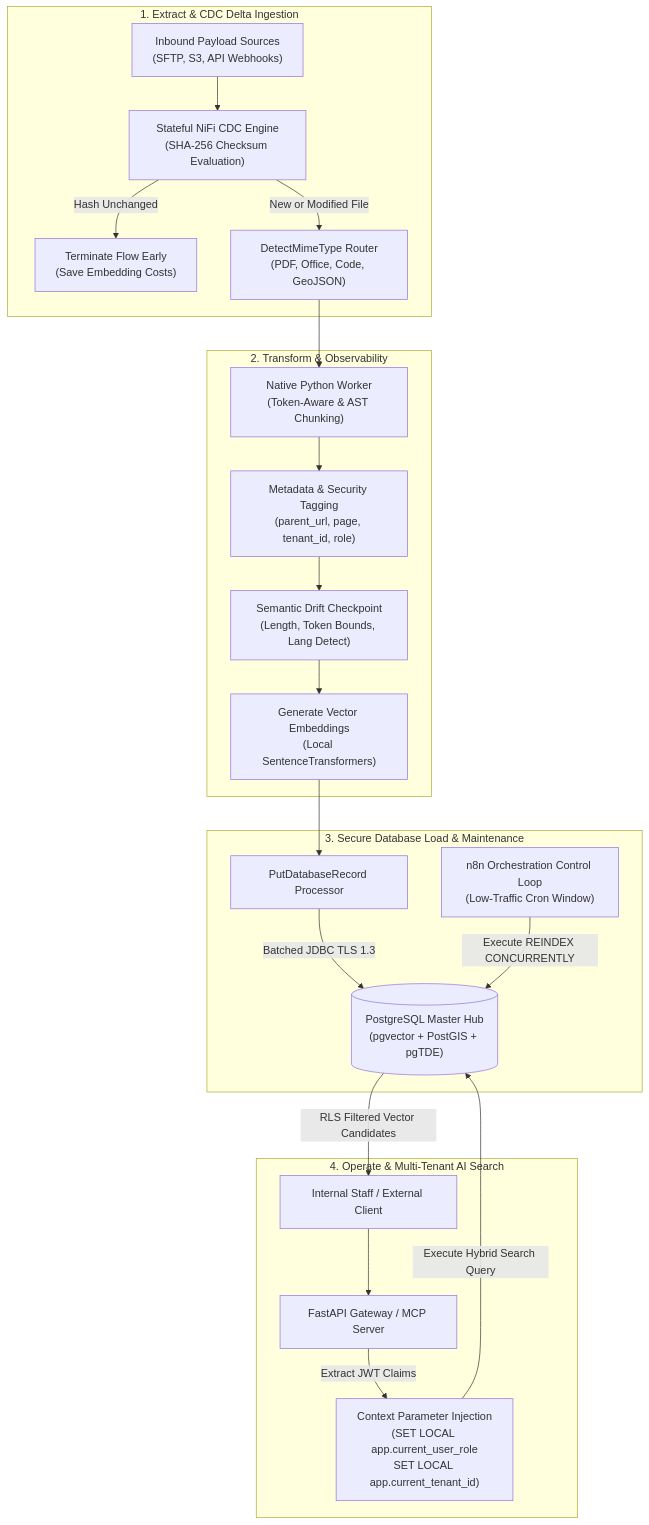
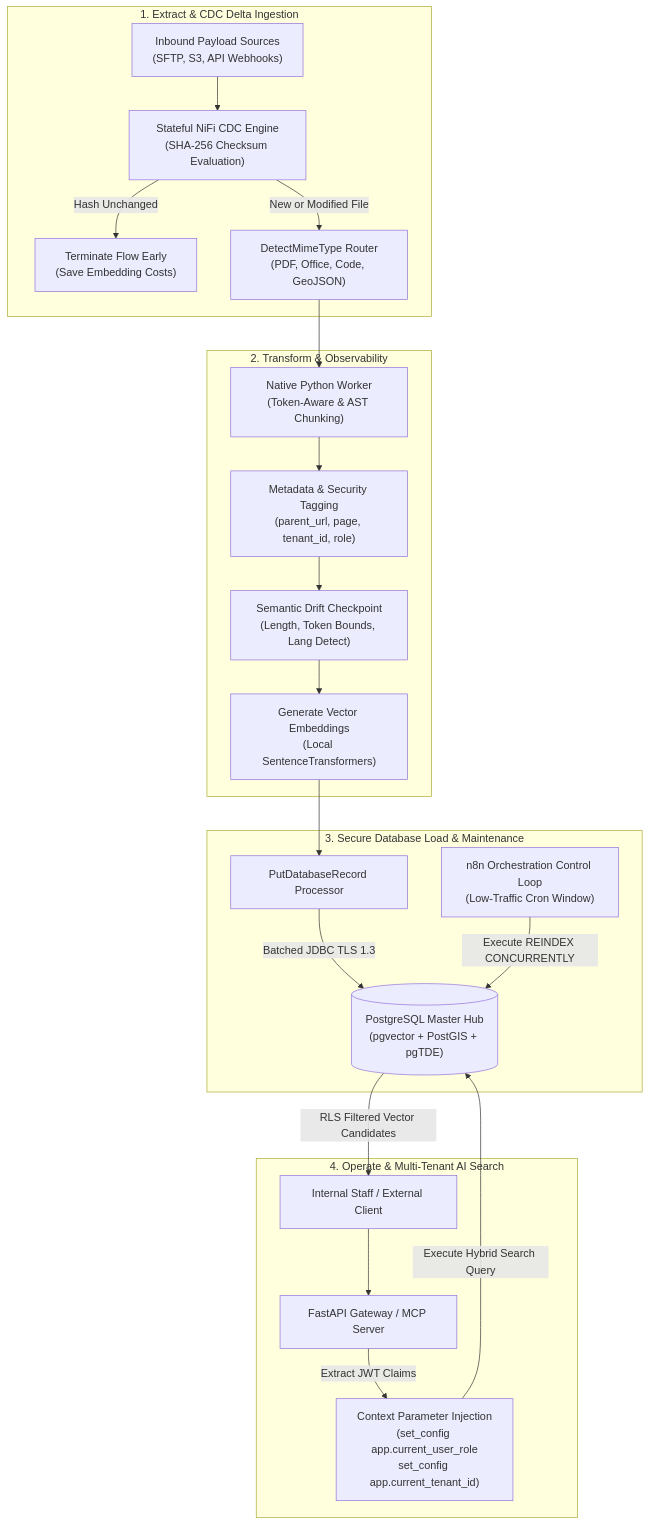
Before and after one commit to linuxmalaysia/bda-ai-infra: the diagram in docs/reference/enterprise-ai-etl-lifecycle-and-multi-tenancy.md, drawn with Mermaid. The commit also changed other lines of this file and 2 other files, not shown here.

First line of the commit message:
fix(pr-feedback): require exp claim and sync set_config labels across diagrams

````diff
--- a/docs/reference/enterprise-ai-etl-lifecycle-and-multi-tenancy.md
+++ b/docs/reference/enterprise-ai-etl-lifecycle-and-multi-tenancy.md
@@ -189,28 +189,28 @@
 ```mermaid
 flowchart TD
     subgraph Extract ["1. Extract &amp; CDC Delta Ingestion"]
         InboundFiles["Inbound Payload Sources<br/>(SFTP, S3, API Webhooks)"] --> CDCEngine["Stateful NiFi CDC Engine<br/>(SHA-256 Checksum Evaluation)"]
         CDCEngine -->|"Hash Unchanged"| KillFlow["Terminate Flow Early<br/>(Save Embedding Costs)"]
         CDCEngine -->|"New or Modified File"| MimeRouter["DetectMimeType Router<br/>(PDF, Office, Code, GeoJSON)"]
     end
 
     subgraph Transform ["2. Transform &amp; Observability"]
         MimeRouter --> Splitter["Native Python Worker<br/>(Token-Aware &amp; AST Chunking)"]
         Splitter --> MetadataEnricher["Metadata &amp; Security Tagging<br/>(parent_url, page, tenant_id, role)"]
         MetadataEnricher --> Observability["Semantic Drift Checkpoint<br/>(Length, Token Bounds, Lang Detect)"]
         Observability --> Embedder["Generate Vector Embeddings<br/>(Local SentenceTransformers)"]
     end
 
     subgraph Load ["3. Secure Database Load &amp; Maintenance"]
         Embedder --> PutDB["PutDatabaseRecord Processor"]
         PutDB -->|"Batched JDBC TLS 1.3"| PostgresDB[("PostgreSQL Master Hub<br/>(pgvector + PostGIS + pgTDE)")]
         n8nTrigger["n8n Orchestration Control Loop<br/>(Low-Traffic Cron Window)"] -->|"Execute REINDEX CONCURRENTLY"| PostgresDB
     end
 
     subgraph Operate ["4. Operate &amp; Multi-Tenant AI Search"]
         ClientUser["Internal Staff / External Client"] --> Gateway["FastAPI Gateway / MCP Server"]
-        Gateway -->|"Extract JWT Claims"| ContextInject["Context Parameter Injection<br/>(SET LOCAL app.current_user_role<br/>SET LOCAL app.current_tenant_id)"]
+        Gateway -->|"Extract JWT Claims"| ContextInject["Context Parameter Injection<br/>(set_config app.current_user_role<br/>set_config app.current_tenant_id)"]
         ContextInject -->|"Execute Hybrid Search Query"| PostgresDB
         PostgresDB -->|"RLS Filtered Vector Candidates"| ClientUser
     end
 ```
````
